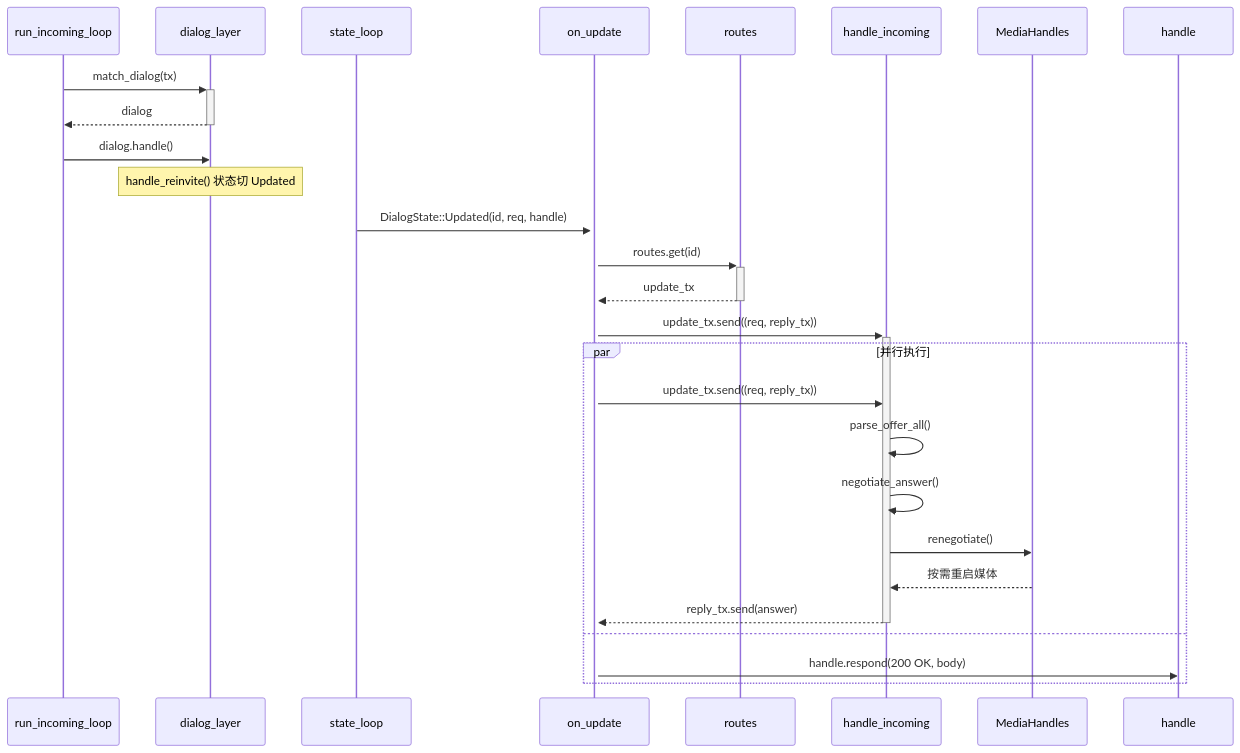
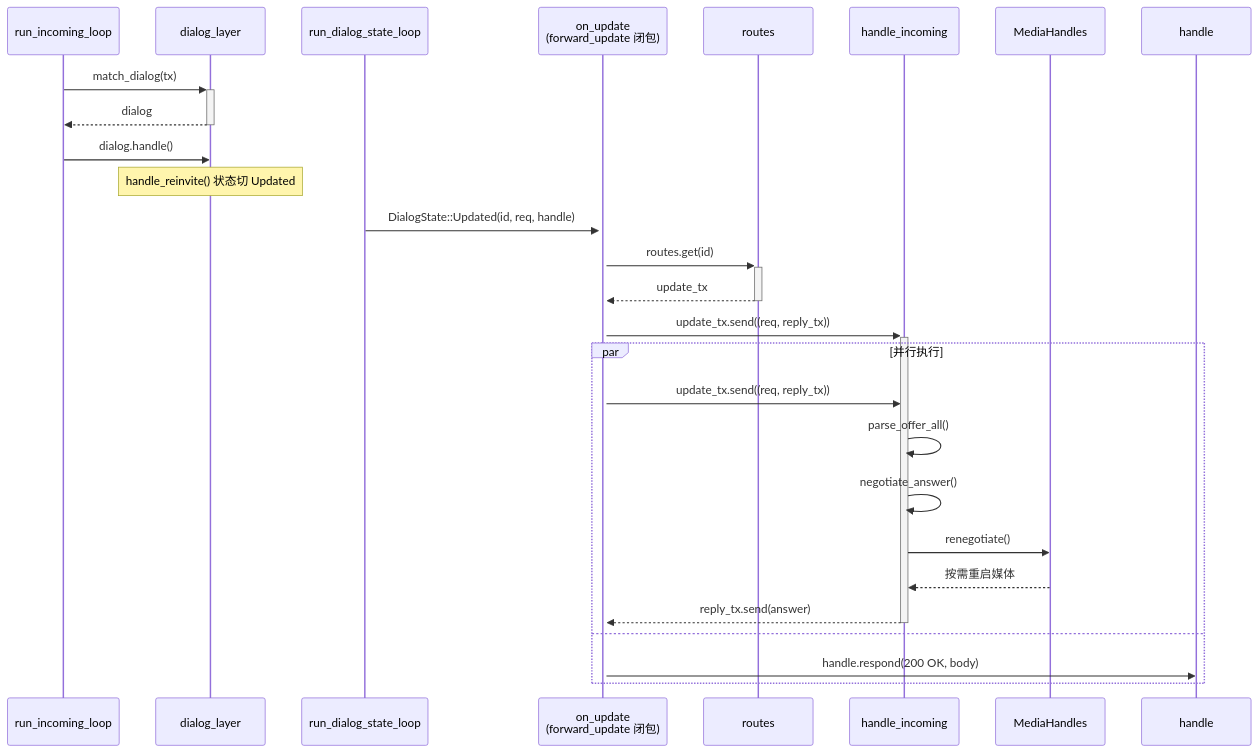
The seventh of 10 diagrams in crates/call-ui/README.md (TOTHTOT/media_talk_rust), drawn with Mermaid before and after one commit. The commit also changed other lines of this file, not shown here.

Commit message:
[文档] call-ui/README: 序列图 participant 改名与代码一致

````diff
--- a/crates/call-ui/README.md
+++ b/crates/call-ui/README.md
@@ -162,31 +162,31 @@
 ```mermaid
 sequenceDiagram
-    participant In as run_incoming_loop
+    participant RIL as run_incoming_loop
     participant DL as dialog_layer
-    participant SL as state_loop
-    participant OU as on_update
+    participant RSL as run_dialog_state_loop
+    participant OU as on_update<br/>(forward_update 闭包)
     participant RT as routes
     participant HI as handle_incoming
     participant Med as MediaHandles
 
-    In->>+DL: match_dialog(tx)
-    DL-->>-In: dialog
-    In->>DL: dialog.handle()
+    RIL->>+DL: match_dialog(tx)
+    DL-->>-RIL: dialog
+    RIL->>DL: dialog.handle()
     Note over DL: handle_reinvite() 状态切 Updated
 
-    SL->>+OU: DialogState::Updated(id, req, handle)
+    RSL->>+OU: DialogState::Updated(id, req, handle)
     OU->>+RT: routes.get(id)
     RT-->>-OU: update_tx
     OU->>+HI: update_tx.send((req, reply_tx))
 
     par 并行执行
         OU->>HI: update_tx.send((req, reply_tx))
         HI->>HI: parse_offer_all()
         HI->>HI: negotiate_answer()
         HI->>Med: renegotiate()
         Med-->>HI: 按需重启媒体
         HI-->>-OU: reply_tx.send(answer)
     and
         OU->>handle: handle.respond(200 OK, body)
     end
 ```
````
